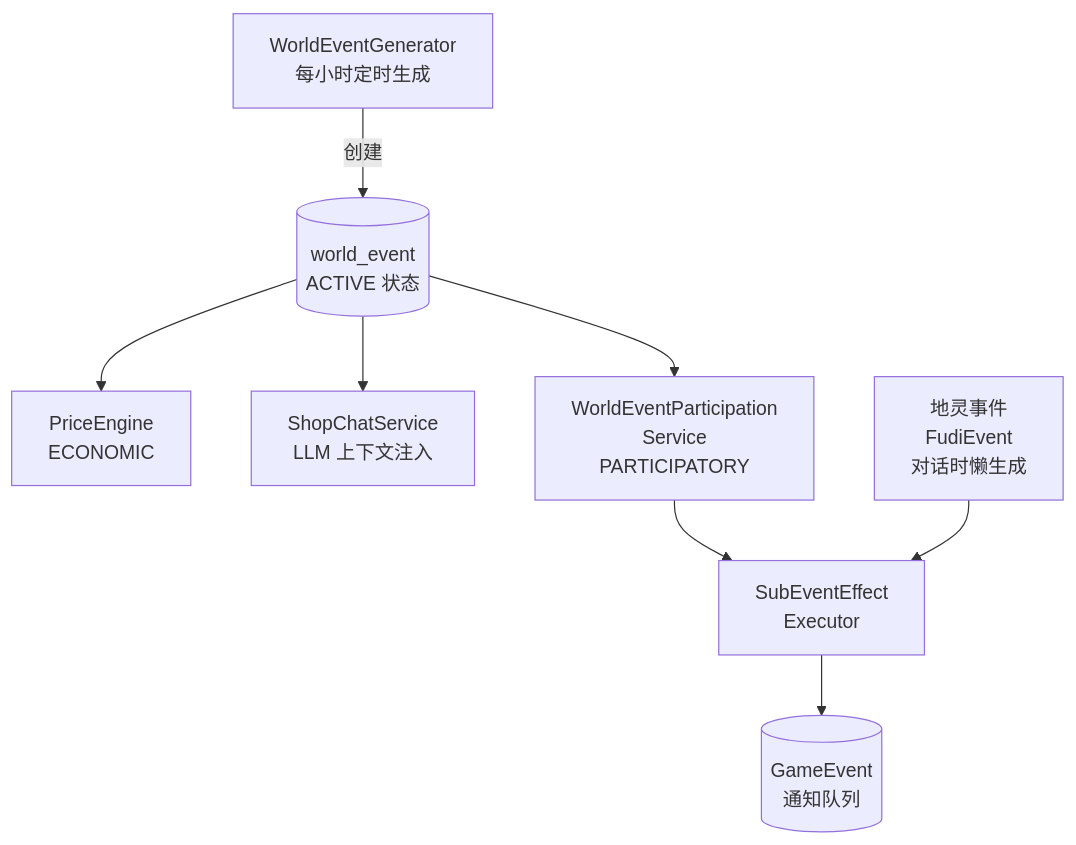
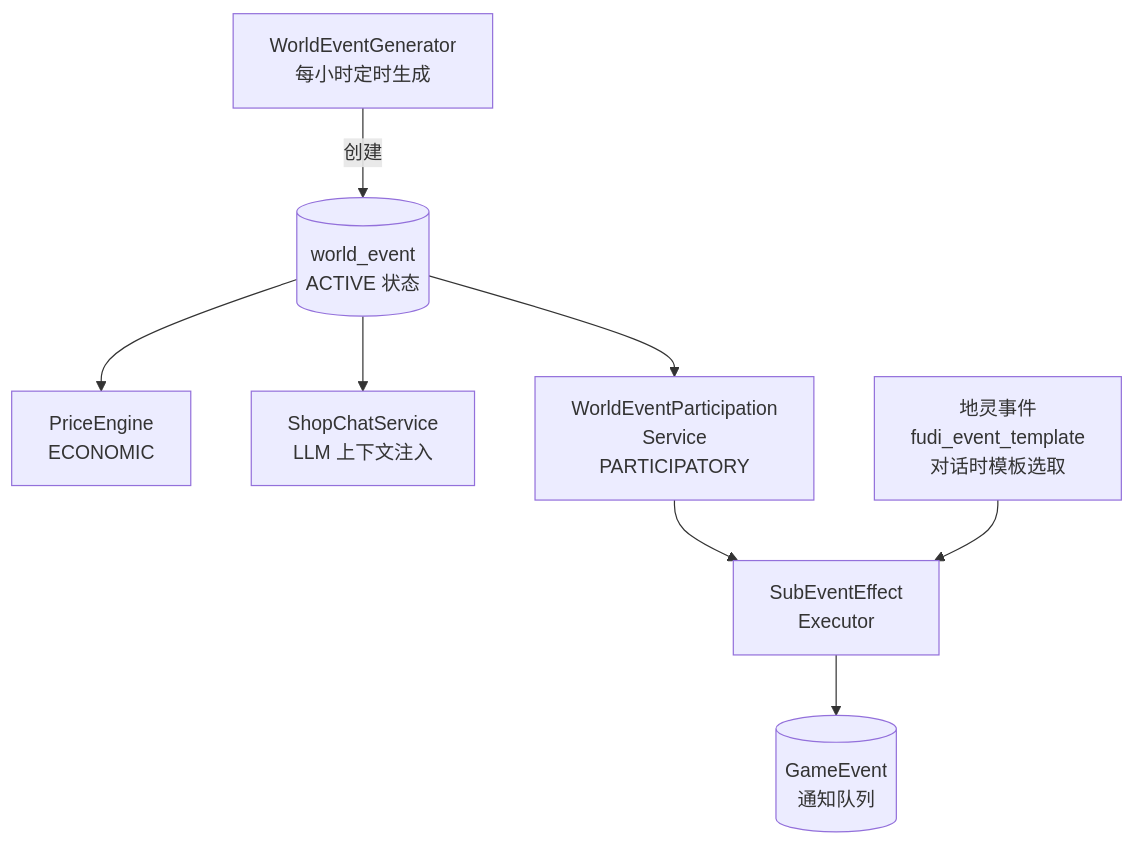
Before and after one commit to StillMisty/XianTao: the diagram in docs/世界事件系统.md, drawn with Mermaid. The commit also changed other lines of this file and 11 other files, not shown here.

First line of the commit message:
refactor: migrate FudiEvent from enum to fudi_event_template DB table

````diff
--- a/docs/世界事件系统.md
+++ b/docs/世界事件系统.md
@@ -255,13 +255,13 @@
 ```mermaid
 flowchart TD
     A[WorldEventGenerator<br/>每小时定时生成] -->|创建| B[(world_event<br/>ACTIVE 状态)]
 
     B --> C[PriceEngine<br/>ECONOMIC]
     B --> D[ShopChatService<br/>LLM 上下文注入]
     B --> E[WorldEventParticipation<br/>Service<br/>PARTICIPATORY]
 
     E --> F[SubEventEffect<br/>Executor]
     F --> G[(GameEvent<br/>通知队列)]
 
-    H[地灵事件<br/>FudiEvent<br/>对话时懒生成] --> F
+    H[地灵事件<br/>fudi_event_template<br/>对话时模板选取] --> F
 ```
````
